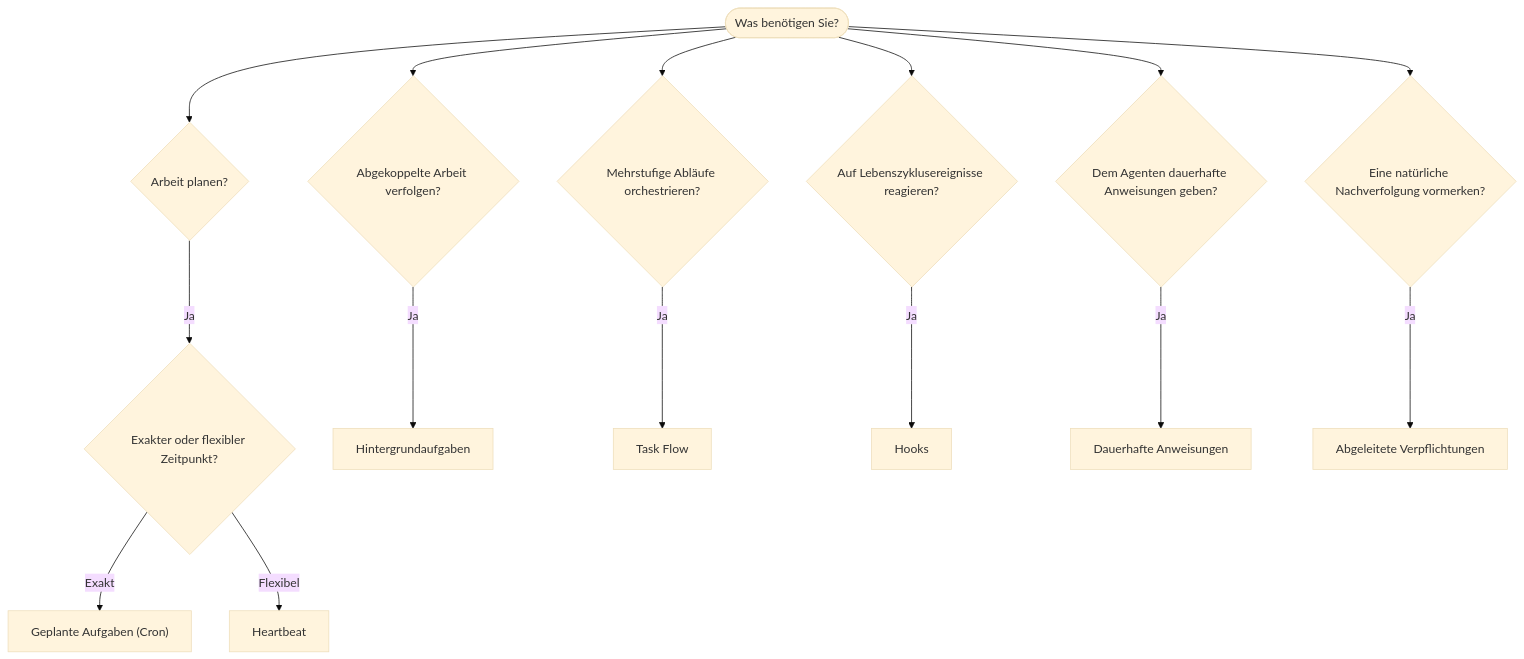
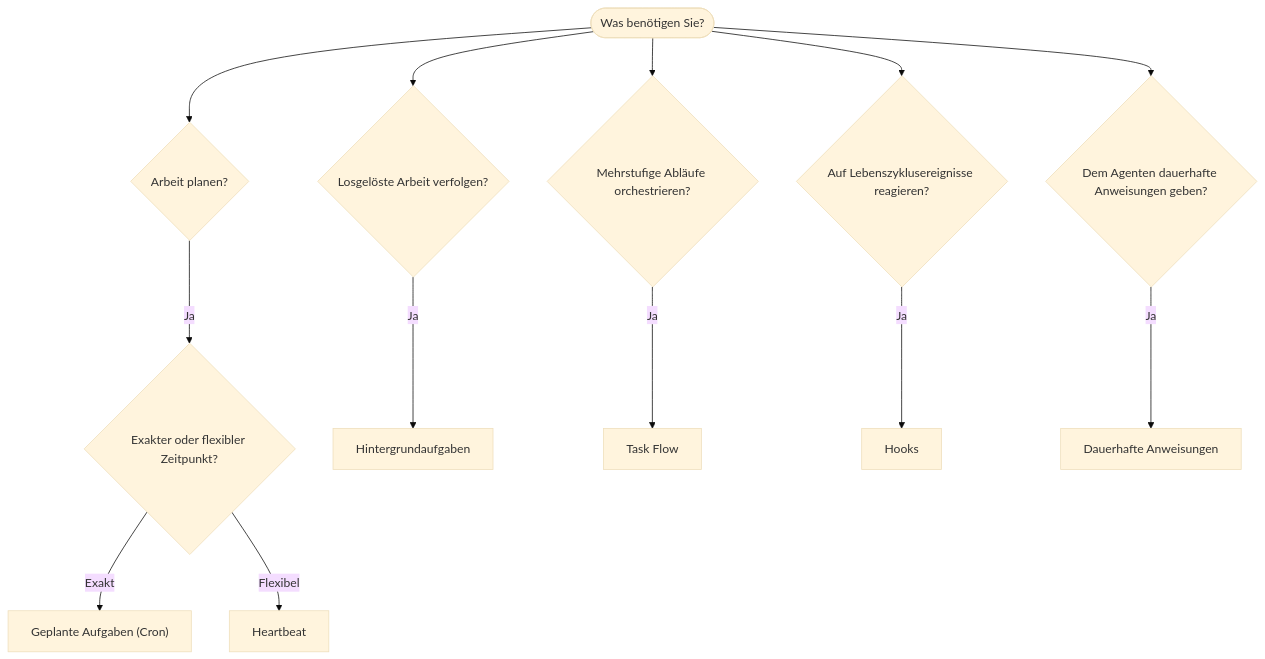
Before and after one commit to is0383kk/ai-docs-sync-workflow: the diagram in openclaw-docs/de/automation.md, drawn with Mermaid (base theme). The commit also changed other lines of this file and 11096 other files, not shown here.

````diff
--- a/openclaw-docs/de/automation.md
+++ b/openclaw-docs/de/automation.md
@@ -26,19 +25,17 @@
 ```mermaid
 flowchart TD
     START([Was benötigen Sie?]) --> Q1{Arbeit planen?}
-    START --> Q2{Abgekoppelte Arbeit verfolgen?}
+    START --> Q2{Losgelöste Arbeit verfolgen?}
     START --> Q3{Mehrstufige Abläufe orchestrieren?}
     START --> Q4{Auf Lebenszyklusereignisse reagieren?}
     START --> Q5{Dem Agenten dauerhafte Anweisungen geben?}
-    START --> Q6{Eine natürliche Nachverfolgung vormerken?}
 
     Q1 -->|Ja| Q1a{Exakter oder flexibler Zeitpunkt?}
     Q1a -->|Exakt| CRON["Geplante Aufgaben (Cron)"]
     Q1a -->|Flexibel| HEARTBEAT[Heartbeat]
 
     Q2 -->|Ja| TASKS[Hintergrundaufgaben]
     Q3 -->|Ja| FLOW[Task Flow]
     Q4 -->|Ja| HOOKS[Hooks]
     Q5 -->|Ja| SO[Dauerhafte Anweisungen]
-    Q6 -->|Ja| COMMITMENTS[Abgeleitete Verpflichtungen]
 ```
````
